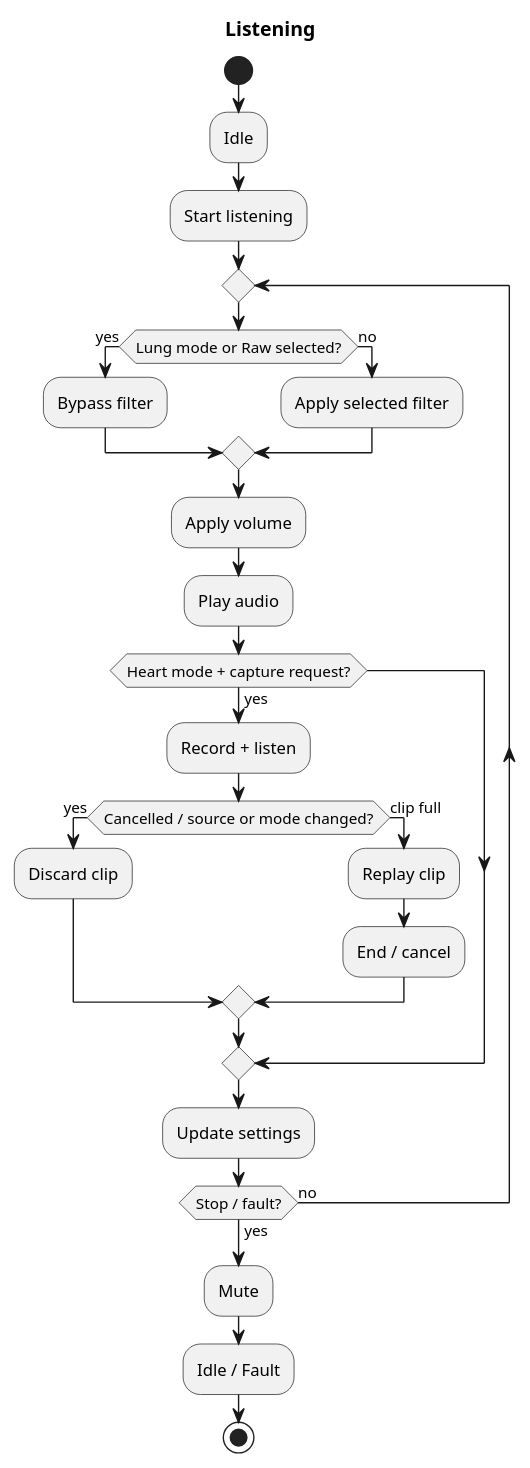
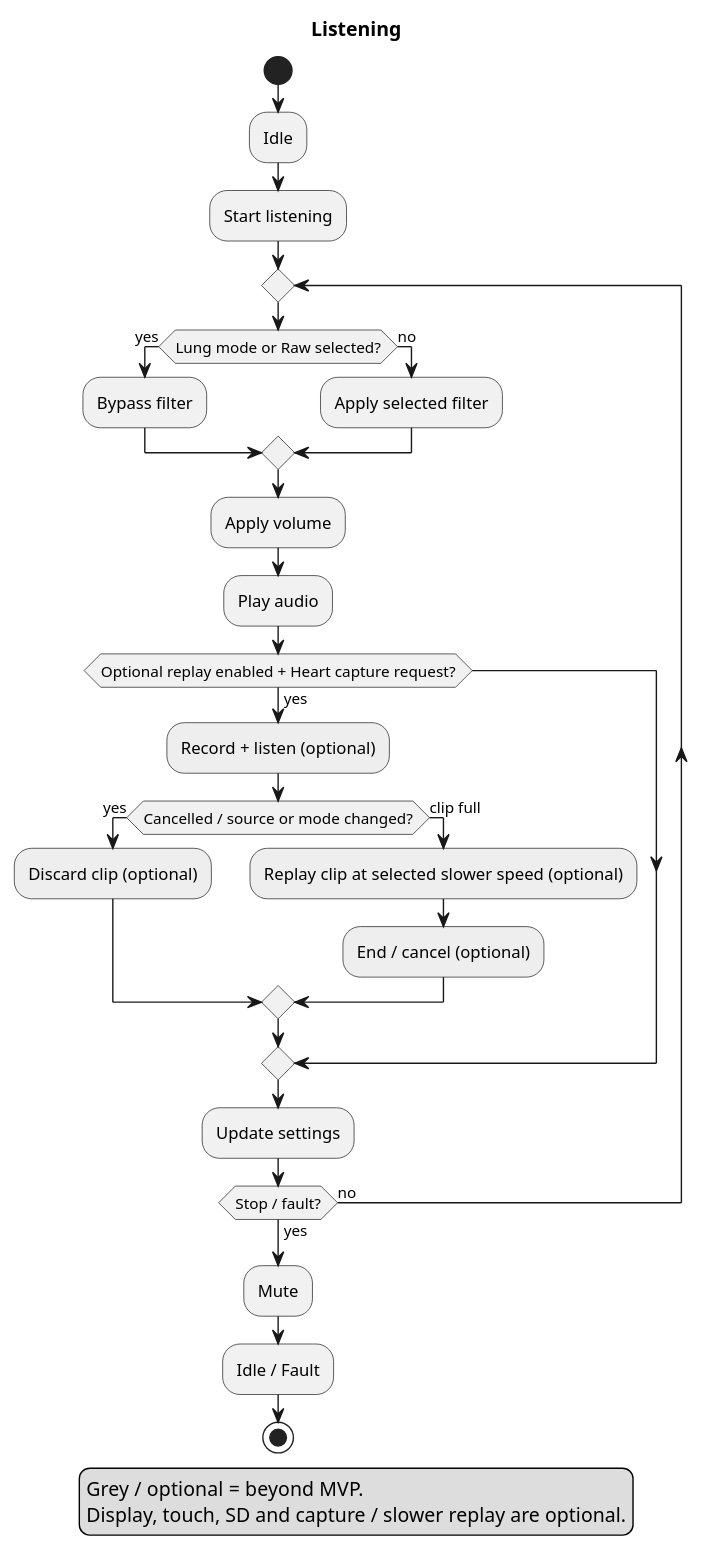
The diagram in Development/system/architecture/listening-workflow.puml (DemonicPsychoII/DigitalStethoscope), drawn with PlantUML before and after one commit. The commit also changed 22 other files, not shown here.

First line of the commit message:
Document framework feasibility and distinguish optional MVP extensions

```diff
--- a/Development/system/architecture/listening-workflow.puml
+++ b/Development/system/architecture/listening-workflow.puml
@@ -1,33 +1,34 @@
 @startuml listening_workflow
-' Updated by GPT-6.1-Sol on behalf of Nico running in T3 Code through Codex.
-!pragma layout smetana
 skinparam shadowing false
-skinparam componentStyle rectangle
 skinparam defaultFontName SansSerif
 title Listening
 start
 :Idle;
 :Start listening;
 repeat
  if (Lung mode or Raw selected?) then (yes)
   :Bypass filter;
  else (no)
   :Apply selected filter;
  endif
  :Apply volume;
  :Play audio;
- if (Heart mode + capture request?) then (yes)
-  :Record + listen;
+ if (Optional replay enabled + Heart capture request?) then (yes)
+  #EEEEEE:Record + listen (optional);
   if (Cancelled / source or mode changed?) then (yes)
-   :Discard clip;
+   #EEEEEE:Discard clip (optional);
   else (clip full)
-   :Replay clip;
-   :End / cancel;
+   #EEEEEE:Replay clip at selected slower speed (optional);
+   #EEEEEE:End / cancel (optional);
   endif
  endif
  :Update settings;
 repeat while (Stop / fault?) is (no) not (yes)
 :Mute;
 :Idle / Fault;
 stop
+legend bottom
+  Grey / optional = beyond MVP.
+  Display, touch, SD and capture / slower replay are optional.
+endlegend
 @enduml
```
